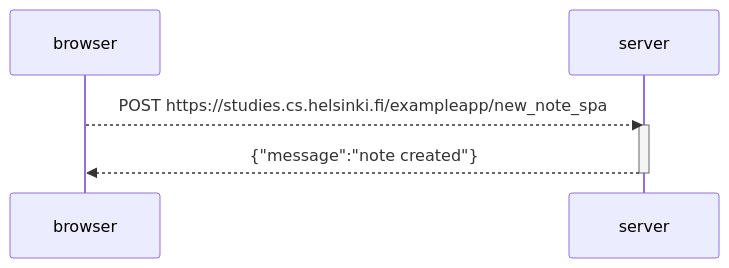
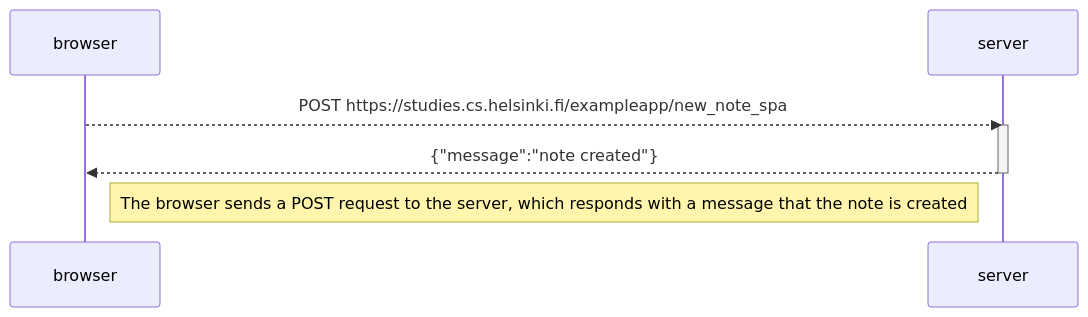
Before and after one commit to jaqska/full-stack-open: the diagram in part0/0_6_new_note_singe_page_app_diagram.md, drawn with Mermaid. The commit also changed 2 other files, not shown here.

Commit message:
added more comments to mermaid diagrams

````diff
--- a/part0/0_6_new_note_singe_page_app_diagram.md
+++ b/part0/0_6_new_note_singe_page_app_diagram.md
@@ -1,11 +1,12 @@
 ```mermaid
 sequenceDiagram
   participant browser
   participant server
 
   browser-->>server: POST https://studies.cs.helsinki.fi/exampleapp/new_note_spa
     activate server
     server-->>browser: {"message":"note created"}
     deactivate server
-  
+
+    Note right of browser: The browser sends a POST request to the server, which responds with a message that the note is created
 ```
````
